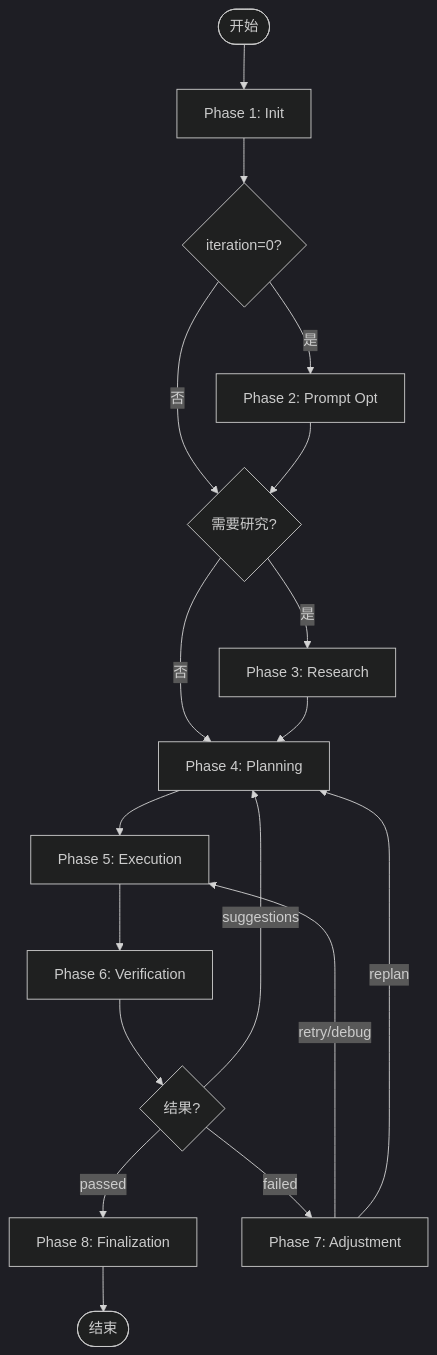
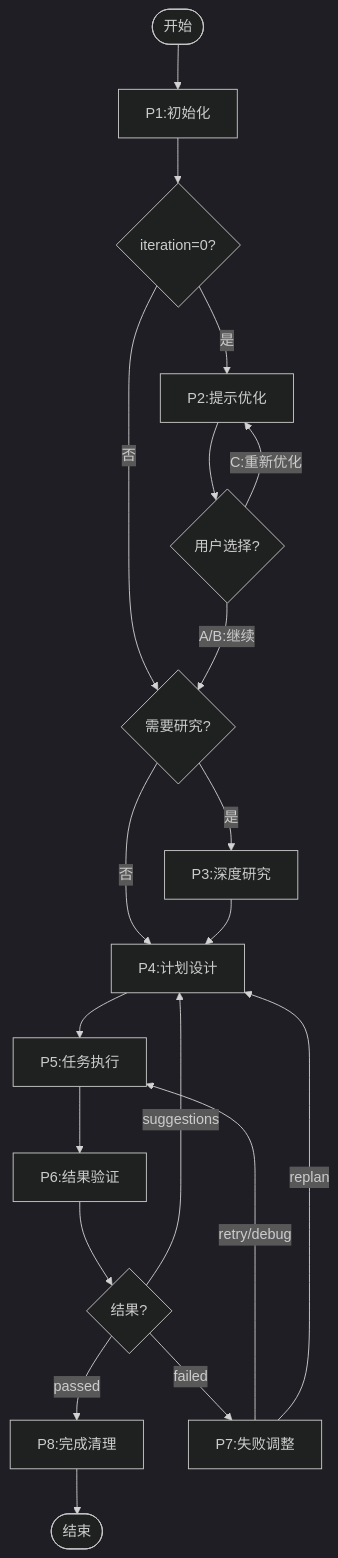
One commit to lazygophers/ccplugin changed the diagram in plugins/tools/task/skills/loop/detailed-flow.md. Above: the diagram before and after it, drawn with Mermaid (dark theme). The commit also changed other lines of this file and 2 other files, not shown here.

Commit message:
feat(task): 增强Phase 2提示词优化阶段用户交互
**变更说明**：
- 在Phase 2优化完成后增加用户交互选择环节
- 展示原始提示词 vs 优化后提示词对比
- 提供3个选项：A(使用原始) / B(使用优化) / C(重新优化)
- 更新Mermaid流程图，增加用户选择决策分支
- 所有标签优化至≤15字符

**修改文件**：
- phase-2-prompt-optimization.md: 增加步骤5用户交互选择
- flows/plan.md: 同步更新阶段0描述
- detailed-flow.md: 更新流程图和阶段索引表

**验收结果**：13/13标准通过，质量评分100/100

````diff
--- a/plugins/tools/task/skills/loop/detailed-flow.md
+++ b/plugins/tools/task/skills/loop/detailed-flow.md
@@ -22,20 +22,22 @@
 ```mermaid
 flowchart TD
-    Start([开始]) --> Init[Phase 1: Init]
+    Start([开始]) --> Init[P1:初始化]
     Init --> PromptOpt{iteration=0?}
-    PromptOpt -->|是| Phase2[Phase 2: Prompt Opt]
+    PromptOpt -->|是| Phase2[P2:提示优化]
     PromptOpt -->|否| DeepRes{需要研究?}
-    Phase2 --> DeepRes
-    DeepRes -->|是| Phase3[Phase 3: Research]
-    DeepRes -->|否| Phase4[Phase 4: Planning]
+    Phase2 --> UserChoice{用户选择?}
+    UserChoice -->|A/B:继续| DeepRes
+    UserChoice -->|C:重新优化| Phase2
+    DeepRes -->|是| Phase3[P3:深度研究]
+    DeepRes -->|否| Phase4[P4:计划设计]
     Phase3 --> Phase4
-    Phase4 --> Phase5[Phase 5: Execution]
-    Phase5 --> Phase6[Phase 6: Verification]
+    Phase4 --> Phase5[P5:任务执行]
+    Phase5 --> Phase6[P6:结果验证]
     Phase6 --> Decision{结果?}
-    Decision -->|passed| Phase8[Phase 8: Finalization]
+    Decision -->|passed| Phase8[P8:完成清理]
     Decision -->|suggestions| Phase4
-    Decision -->|failed| Phase7[Phase 7: Adjustment]
+    Decision -->|failed| Phase7[P7:失败调整]
     Phase7 -->|retry/debug| Phase5
     Phase7 -->|replan| Phase4
     Phase8 --> End([结束])
 ```
````
